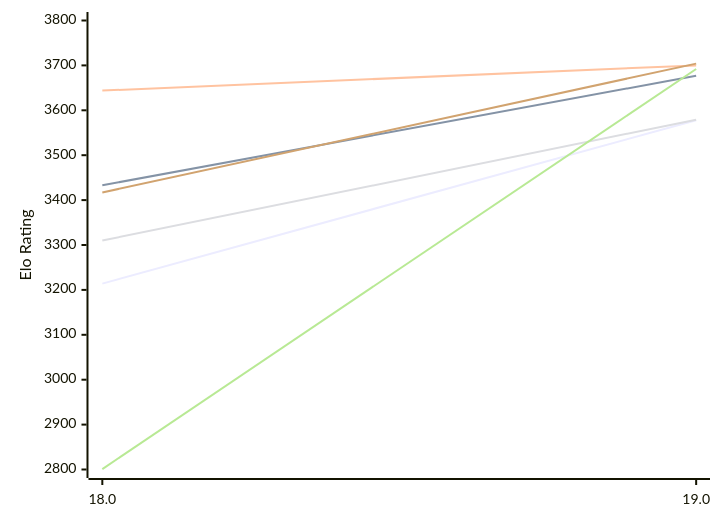
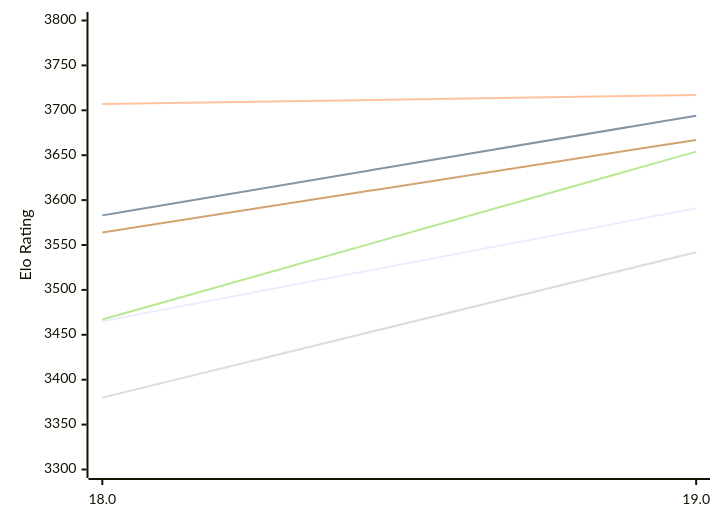
The first of 2 diagrams in engines/Stockfish.md (computer-chess-index/cci), drawn with Mermaid before and after one commit. The commit also changed other lines of this file, not shown here.

Commit message:
Update CCI Ratings (ELO VLTC) - 2026-11-14

````diff
--- a/engines/Stockfish.md
+++ b/engines/Stockfish.md
@@ -64,12 +64,12 @@
 ```mermaid
 %%{init: {"theme":"base","themeVariables":{"seriesColors:['#a3a3a3','#222221','#faa371']}}}%%
 xychart-beta
   x-axis ["18.0", "19.0"]
-  y-axis "Elo Rating" 2800 --> 3800
-  line "E1: STC (8.0+0.08s)" [3214, 3578]
-  line "E1: LTC (60.0+0.60s)" [3433, 3677]
-  line "E1: VLTC (2m24s+1.12s)" [3644, 3700]
-  line "P1: STC (8.0+0.08s)" [3310, 3579]
-  line "P1: LTC (60.0+0.60s)" [2801, 3692]
-  line "P1: VLTC (2m24s+1.12s)" [3417, 3704]
+  y-axis "Elo Rating" 3300 --> 3800
+  line "E1: STC (8.0+0.08s)" [3465, 3591]
+  line "E1: LTC (60.0+0.60s)" [3583, 3694]
+  line "E1: VLTC (2m24s+1.12s)" [3707, 3717]
+  line "P1: STC (8.0+0.08s)" [3380, 3542]
+  line "P1: LTC (60.0+0.60s)" [3467, 3654]
+  line "P1: VLTC (2m24s+1.12s)" [3564, 3667]
 ```
````
